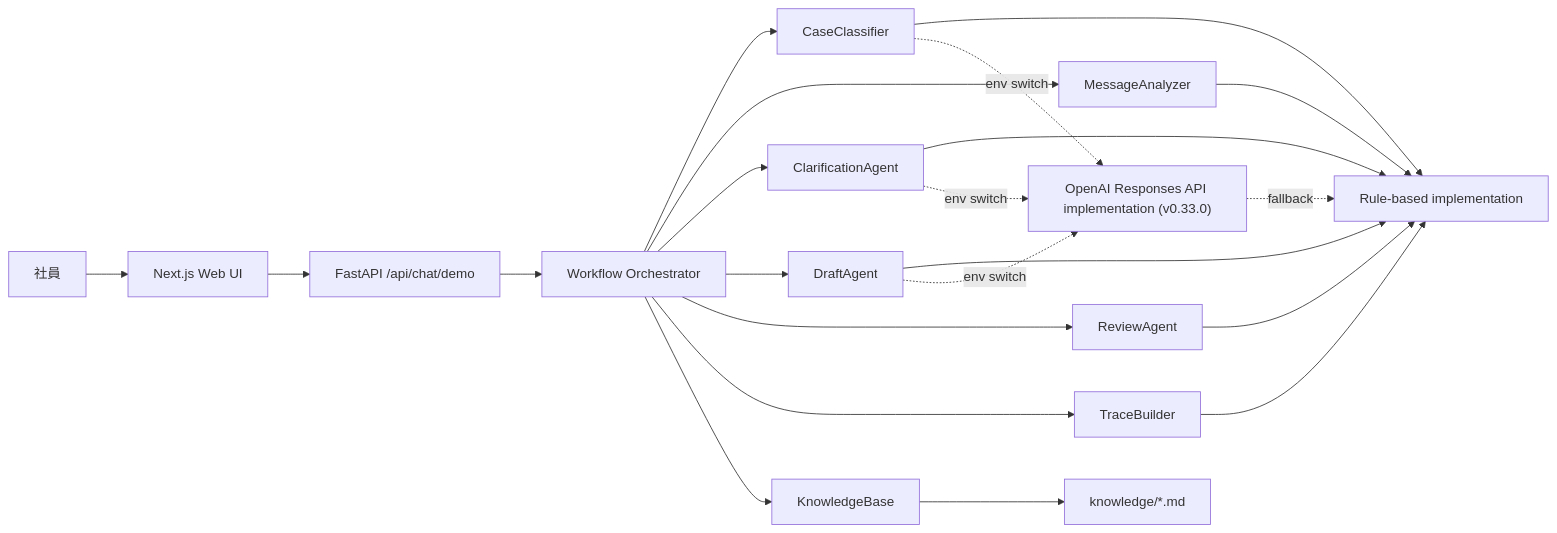
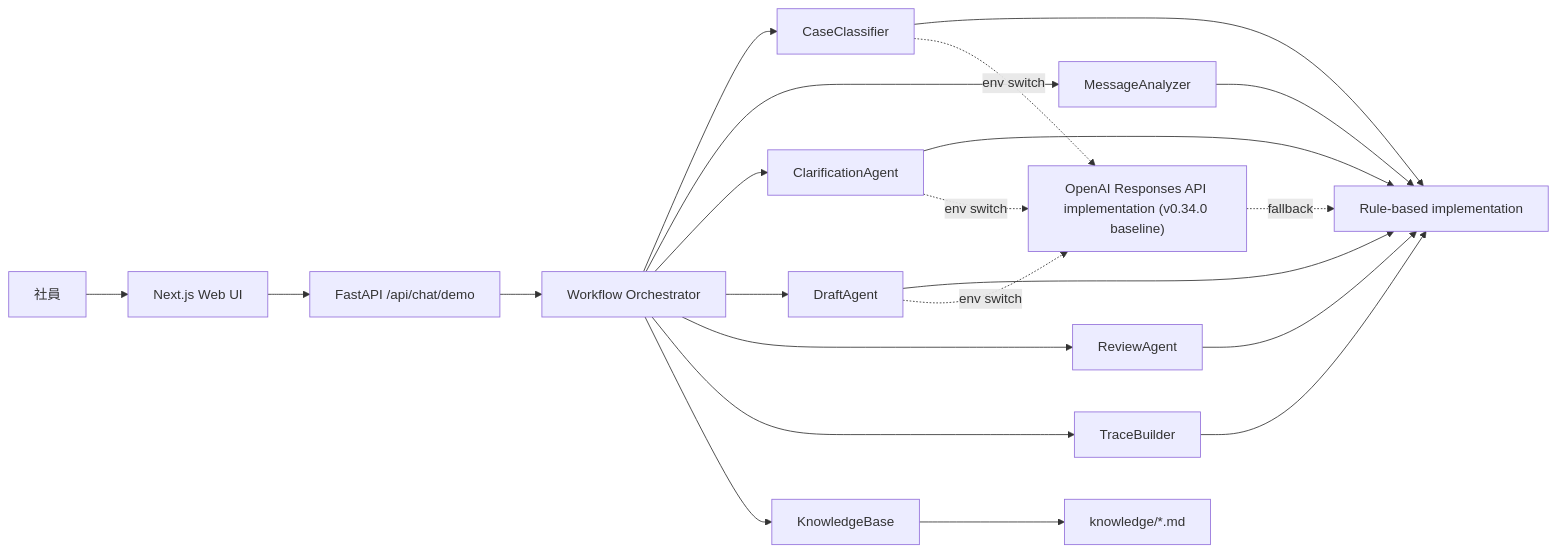
One commit to noki8188/shinsei-agent-navigator changed the diagram in docs/architecture.md. Above: the diagram before and after it, drawn with Mermaid. The commit also changed other lines of this file and 11 other files, not shown here.

````diff
--- a/docs/architecture.md
+++ b/docs/architecture.md
@@ -10,24 +10,24 @@
 ```mermaid
 flowchart LR
     U["社員"] --> F["Next.js Web UI"]
     F --> API["FastAPI /api/chat/demo"]
     API --> O["Workflow Orchestrator"]
     O --> CC["CaseClassifier"]
     O --> MA["MessageAnalyzer"]
     O --> CA["ClarificationAgent"]
     O --> DA["DraftAgent"]
     O --> RA["ReviewAgent"]
     O --> TB["TraceBuilder"]
     O --> KB["KnowledgeBase"]
     KB --> K["knowledge/*.md"]
     CC --> R1["Rule-based implementation"]
     MA --> R1
     CA --> R1
     DA --> R1
     RA --> R1
     TB --> R1
-    CC -. env switch .-> L1["OpenAI Responses API implementation (v0.33.0)"]
+    CC -. env switch .-> L1["OpenAI Responses API implementation (v0.34.0 baseline)"]
     CA -. env switch .-> L1
     DA -. env switch .-> L1
     L1 -. fallback .-> R1
 ```
````
